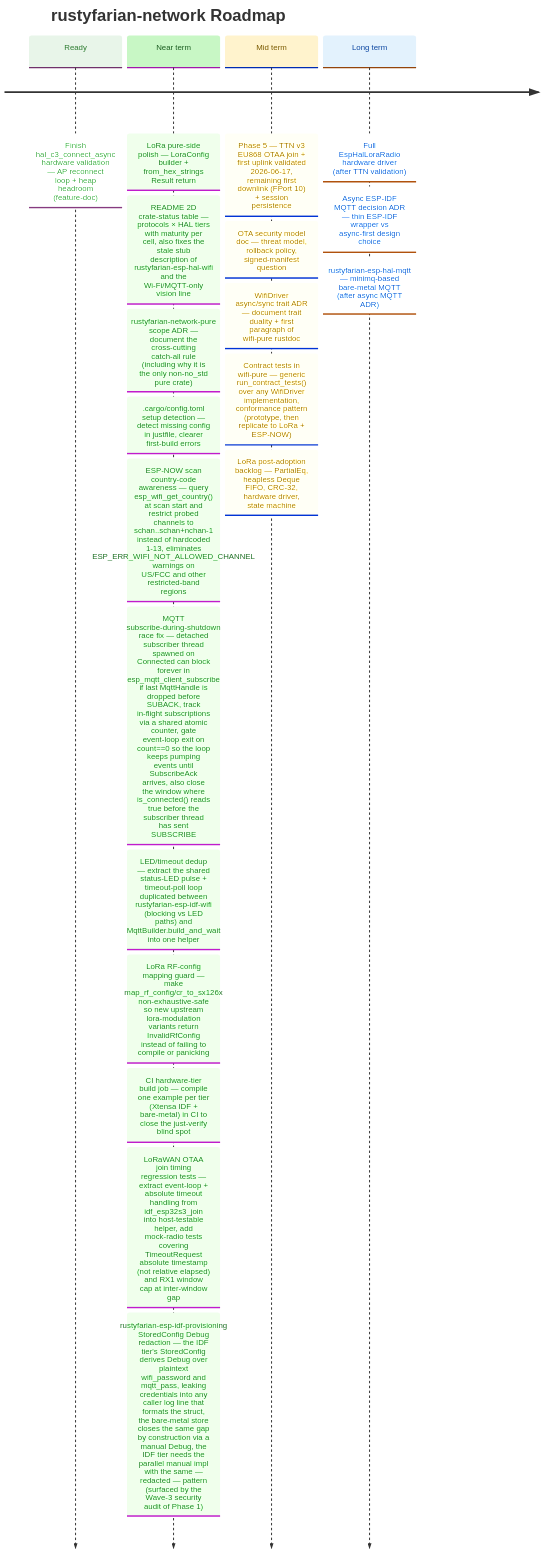
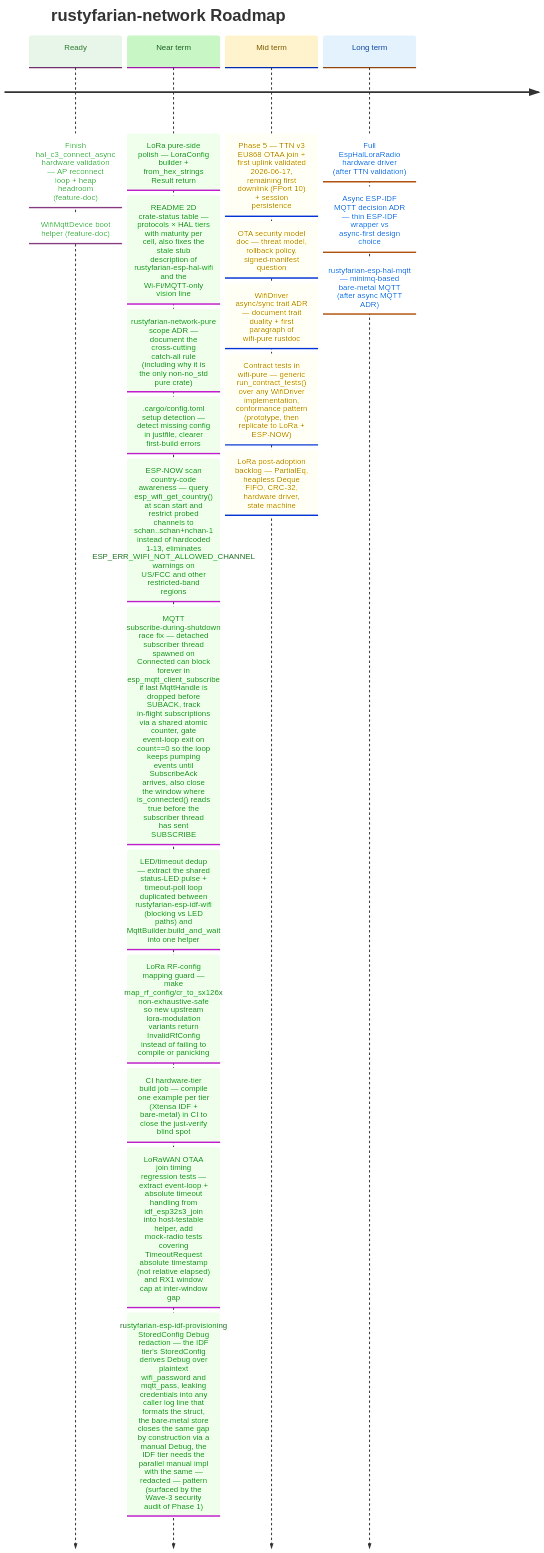
Before and after one commit to datenkollektiv/rustyfarian-network: the diagram in docs/ROADMAP.md, drawn with Mermaid. The commit also changed 1 other file, not shown here.

Commit message:
Document `provision_or_load` boot helper v1 design and decisions

````diff
--- a/docs/ROADMAP.md
+++ b/docs/ROADMAP.md
@@ -18,42 +18,43 @@
 ```mermaid
 %%{init: {
   "theme": "base",
   "themeVariables": {
     "cScale0": "#e8f5e9",
     "cScaleLabel0": "#2e7d32",
     "cScale1": "#c8f7c5",
     "cScaleLabel1": "#1b5e20",
     "cScale2": "#fff3cd",
     "cScaleLabel2": "#7a5a00",
     "cScale3": "#e3f2fd",
     "cScaleLabel3": "#0d47a1"
   }
 }}%%
 
 timeline
     title rustyfarian-network Roadmap
 
     Ready     : Finish hal_c3_connect_async hardware validation — AP reconnect loop + heap headroom (feature-doc)
+              : WifiMqttDevice boot helper (feature-doc)
 
     Near term : LoRa pure-side polish — LoraConfig builder + from_hex_strings Result return
               : README 2D crate-status table — protocols × HAL tiers with maturity per cell, also fixes the stale stub description of rustyfarian-esp-hal-wifi and the Wi-Fi/MQTT-only vision line
               : rustyfarian-network-pure scope ADR — document the cross-cutting catch-all rule (including why it is the only non-no_std pure crate)
               : .cargo/config.toml setup detection — detect missing config in justfile, clearer first-build errors
               : ESP-NOW scan country-code awareness — query esp_wifi_get_country() at scan start and restrict probed channels to schan..schan+nchan-1 instead of hardcoded 1-13, eliminates ESP_ERR_WIFI_NOT_ALLOWED_CHANNEL warnings on US/FCC and other restricted-band regions
               : MQTT subscribe-during-shutdown race fix — detached subscriber thread spawned on Connected can block forever in esp_mqtt_client_subscribe if last MqttHandle is dropped before SUBACK, track in-flight subscriptions via a shared atomic counter, gate event-loop exit on count==0 so the loop keeps pumping events until SubscribeAck arrives, also close the window where is_connected() reads true before the subscriber thread has sent SUBSCRIBE
               : LED/timeout dedup — extract the shared status-LED pulse + timeout-poll loop duplicated between rustyfarian-esp-idf-wifi (blocking vs LED paths) and MqttBuilder.build_and_wait into one helper
               : LoRa RF-config mapping guard — make map_rf_config/cr_to_sx126x non-exhaustive-safe so new upstream lora-modulation variants return InvalidRfConfig instead of failing to compile or panicking
               : CI hardware-tier build job — compile one example per tier (Xtensa IDF + bare-metal) in CI to close the just-verify blind spot
               : LoRaWAN OTAA join timing regression tests — extract event-loop + absolute timeout handling from idf_esp32s3_join into host-testable helper, add mock-radio tests covering TimeoutRequest absolute timestamp (not relative elapsed) and RX1 window cap at inter-window gap
               : rustyfarian-esp-idf-provisioning StoredConfig Debug redaction — the IDF tier's StoredConfig derives Debug over plaintext wifi_password and mqtt_pass, leaking credentials into any caller log line that formats the struct, the bare-metal store closes the same gap by construction via a manual Debug, the IDF tier needs the parallel manual impl with the same — redacted — pattern (surfaced by the Wave-3 security audit of Phase 1)
 
     Mid term  : Phase 5 — TTN v3 EU868 OTAA join + first uplink validated 2026-06-17, remaining first downlink (FPort 10) + session persistence
               : OTA security model doc — threat model, rollback policy, signed-manifest question
               : WifiDriver async/sync trait ADR — document trait duality + first paragraph of wifi-pure rustdoc
               : Contract tests in wifi-pure — generic run_contract_tests() over any WifiDriver implementation, conformance pattern (prototype, then replicate to LoRa + ESP-NOW)
               : LoRa post-adoption backlog — PartialEq, heapless Deque FIFO, CRC-32, hardware driver, state machine
 
     Long term : Full EspHalLoraRadio hardware driver (after TTN validation)
               : Async ESP-IDF MQTT decision ADR — thin ESP-IDF wrapper vs async-first design choice
               : rustyfarian-esp-hal-mqtt — minimq-based bare-metal MQTT (after async MQTT ADR)
 ```
````
